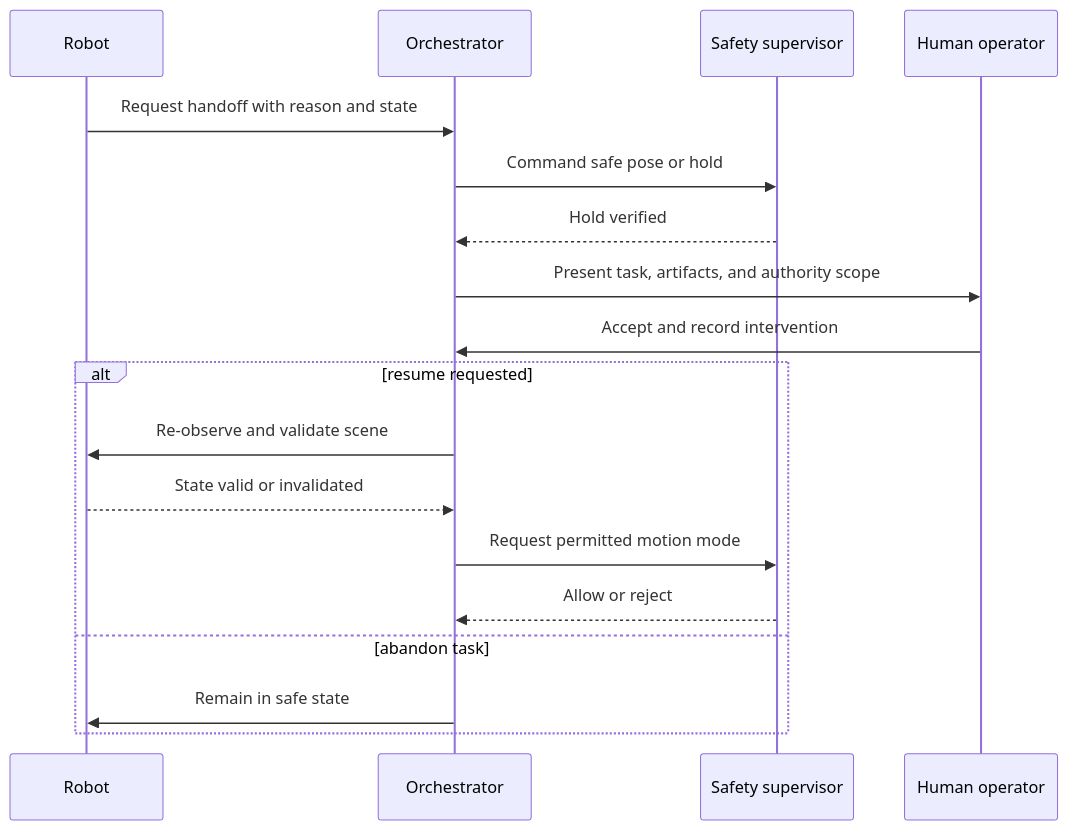
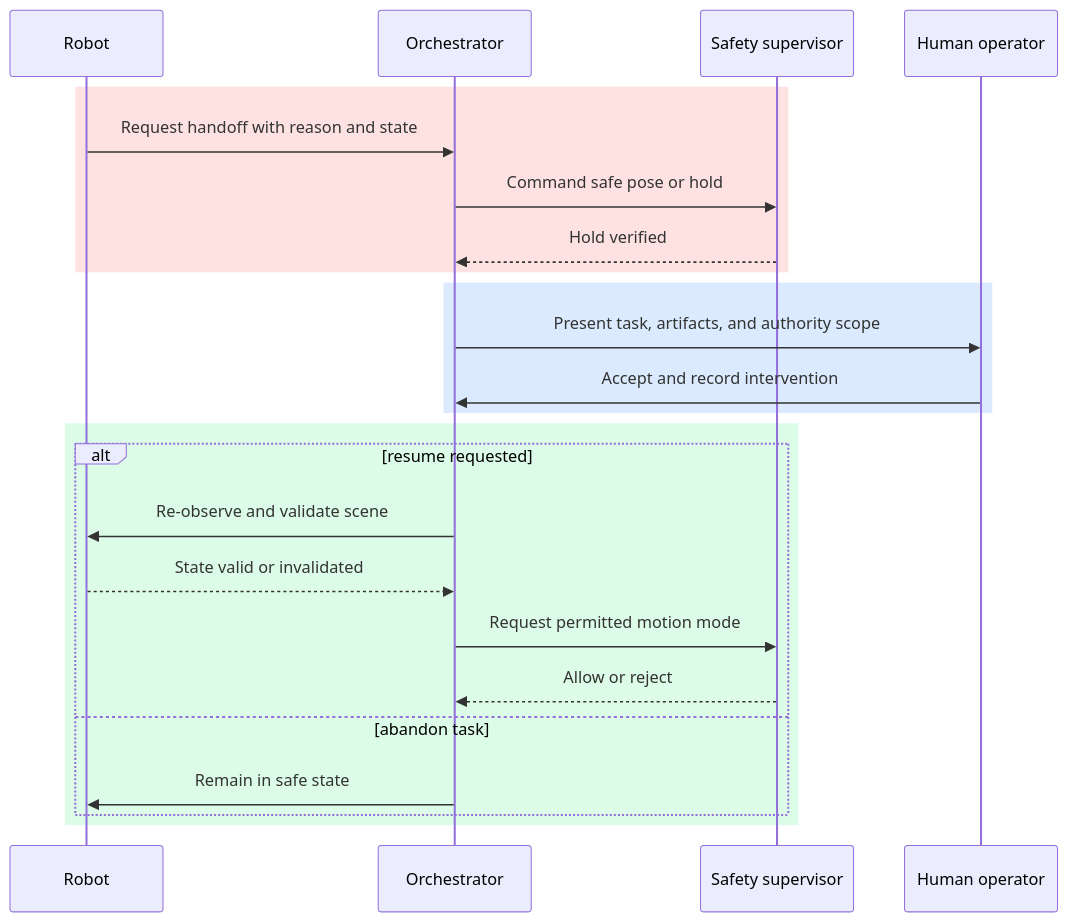
Before and after one commit to souradeepta/ai-monthly-concepts: the second of 2 diagrams in months/2026-07/10-human-robot-handoff.md, drawn with Mermaid. The commit also changed other lines of this file and 21 other files, not shown here.

````diff
--- a/months/2026-07/10-human-robot-handoff.md
+++ b/months/2026-07/10-human-robot-handoff.md
@@ -75,20 +83,26 @@
 ```mermaid
 sequenceDiagram
   participant R as Robot
   participant O as Orchestrator
   participant S as Safety supervisor
   participant H as Human operator
-  R->>O: Request handoff with reason and state
-  O->>S: Command safe pose or hold
-  S-->>O: Hold verified
-  O->>H: Present task, artifacts, and authority scope
-  H->>O: Accept and record intervention
-  alt resume requested
-    O->>R: Re-observe and validate scene
-    R-->>O: State valid or invalidated
-    O->>S: Request permitted motion mode
-    S-->>O: Allow or reject
-  else abandon task
-    O->>R: Remain in safe state
+  rect rgb(254, 226, 226)
+    R->>O: Request handoff with reason and state
+    O->>S: Command safe pose or hold
+    S-->>O: Hold verified
+  end
+  rect rgb(219, 234, 254)
+    O->>H: Present task, artifacts, and authority scope
+    H->>O: Accept and record intervention
+  end
+  rect rgb(220, 252, 231)
+    alt resume requested
+      O->>R: Re-observe and validate scene
+      R-->>O: State valid or invalidated
+      O->>S: Request permitted motion mode
+      S-->>O: Allow or reject
+    else abandon task
+      O->>R: Remain in safe state
+    end
   end
 ```
````
